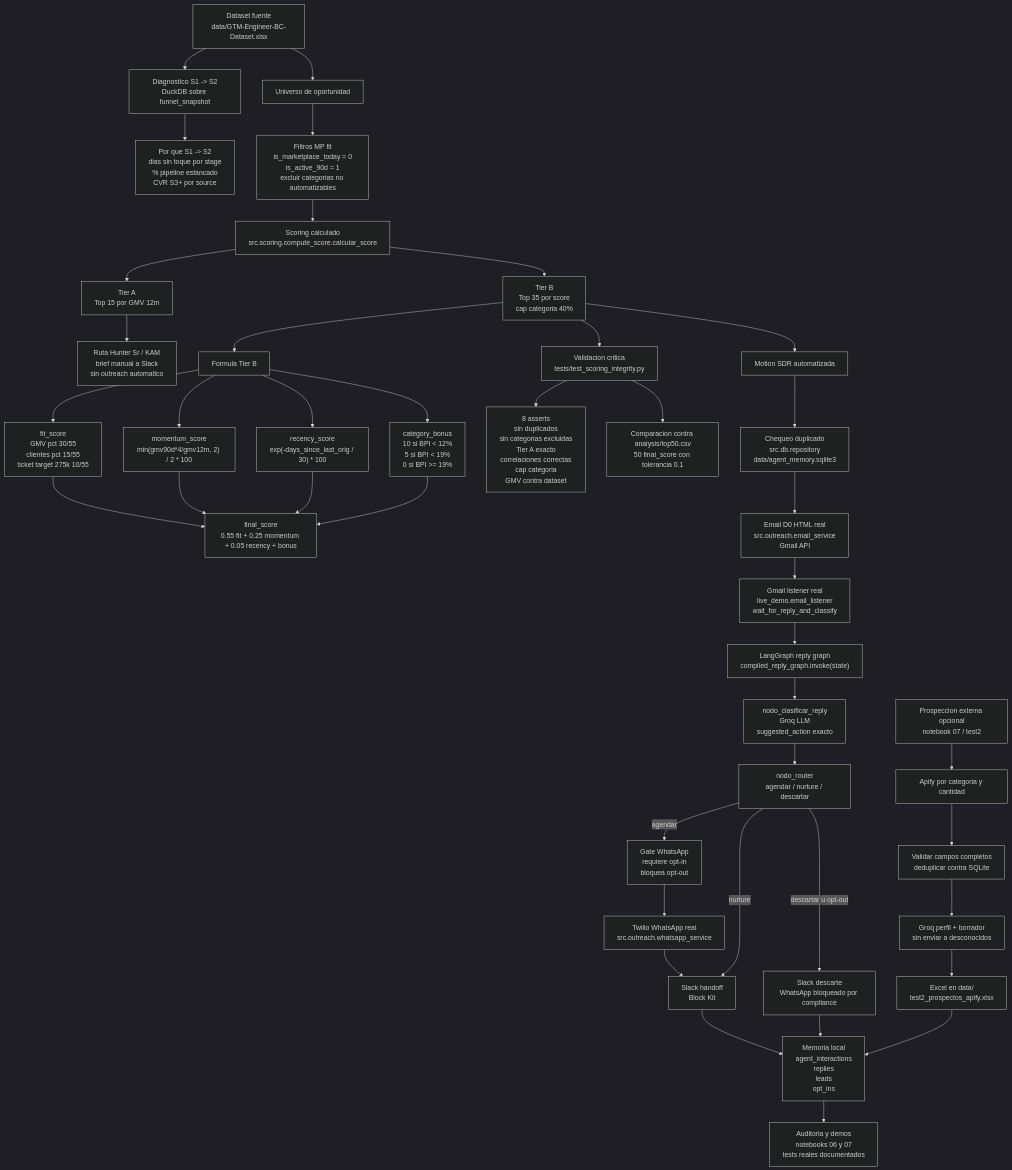
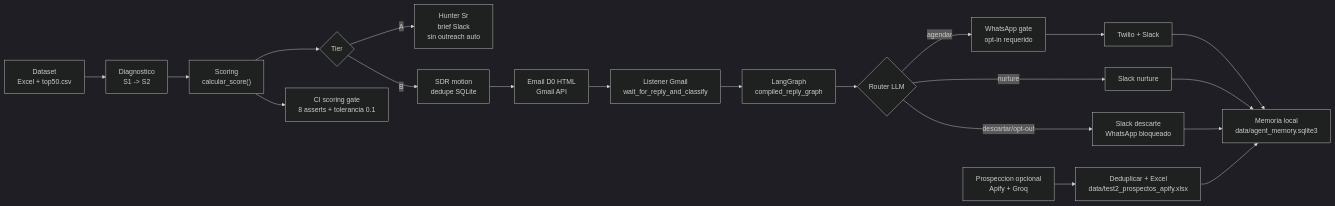
Before and after one commit to cataia-code/addi-gtm-technical-challenge: the diagram in README.md, drawn with Mermaid (dark theme). The commit also changed other lines of this file, not shown here.

Commit message:
readme: compactar motion y restaurar badge ci

````diff
--- a/README.md
+++ b/README.md
@@ -9,50 +9,22 @@
 ```mermaid
-flowchart TD
-    A["Dataset fuente<br/>data/GTM-Engineer-BC-Dataset.xlsx"] --> B["Diagnostico S1 -> S2<br/>DuckDB sobre funnel_snapshot"]
-    B --> B1["Por que S1 -> S2<br/>dias sin toque por stage<br/>% pipeline estancado<br/>CVR S3+ por source"]
-    A --> C["Universo de oportunidad"]
-    C --> C1["Filtros MP fit<br/>is_marketplace_today = 0<br/>is_active_90d = 1<br/>excluir categorias no automatizables"]
-    C1 --> D["Scoring calculado<br/>src.scoring.compute_score.calcular_score"]
-
-    D --> E["Tier A<br/>Top 15 por GMV 12m"]
-    E --> E1["Ruta Hunter Sr / KAM<br/>brief manual a Slack<br/>sin outreach automatico"]
-
-    D --> F["Tier B<br/>Top 35 por score<br/>cap categoria 40%"]
-    F --> G["Formula Tier B"]
-    G --> G1["fit_score<br/>GMV pct 30/55<br/>clientes pct 15/55<br/>ticket target 275k 10/55"]
-    G --> G2["momentum_score<br/>min(gmv90d*4/gmv12m, 2) / 2 * 100"]
-    G --> G3["recency_score<br/>exp(-days_since_last_orig / 30) * 100"]
-    G --> G4["category_bonus<br/>10 si BPI < 12%<br/>5 si BPI < 19%<br/>0 si BPI >= 19%"]
-    G1 --> G5["final_score<br/>0.55 fit + 0.25 momentum + 0.05 recency + bonus"]
-    G2 --> G5
-    G3 --> G5
-    G4 --> G5
-
-    F --> H["Validacion critica<br/>tests/test_scoring_integrity.py"]
-    H --> H1["8 asserts<br/>sin duplicados<br/>sin categorias excluidas<br/>Tier A exacto<br/>correlaciones correctas<br/>cap categoria<br/>GMV contra dataset"]
-    H --> H2["Comparacion contra analysis/top50.csv<br/>50 final_score con tolerancia 0.1"]
-
-    F --> I["Motion SDR automatizada"]
-    I --> J["Chequeo duplicado<br/>src.db.repository<br/>data/agent_memory.sqlite3"]
-    J --> K["Email D0 HTML real<br/>src.outreach.email_service<br/>Gmail API"]
-    K --> L["Gmail listener real<br/>live_demo.email_listener<br/>wait_for_reply_and_classify"]
-    L --> M["LangGraph reply graph<br/>compiled_reply_graph.invoke(state)"]
-
-    M --> N["nodo_clasificar_reply<br/>Groq LLM<br/>suggested_action exacto"]
-    N --> O["nodo_router<br/>agendar / nurture / descartar"]
-    O -->|agendar| P["Gate WhatsApp<br/>requiere opt-in<br/>bloquea opt-out"]
-    P --> Q["Twilio WhatsApp real<br/>src.outreach.whatsapp_service"]
-    Q --> R["Slack handoff<br/>Block Kit"]
-    O -->|nurture| R
-    O -->|descartar u opt-out| S["Slack descarte<br/>WhatsApp bloqueado por compliance"]
-
-    R --> T["Memoria local<br/>agent_interactions<br/>replies<br/>leads<br/>opt_ins"]
-    S --> T
-    T --> U["Auditoria y demos<br/>notebooks 06 y 07<br/>tests reales documentados"]
-
-    V["Prospeccion externa opcional<br/>notebook 07 / test2"] --> W["Apify por categoria y cantidad"]
-    W --> X["Validar campos completos<br/>deduplicar contra SQLite"]
-    X --> Y["Groq perfil + borrador<br/>sin enviar a desconocidos"]
-    Y --> Z["Excel en data/<br/>test2_prospectos_apify.xlsx"]
-    Z --> T
+flowchart LR
+    A["Dataset<br/>Excel + top50.csv"] --> B["Diagnostico<br/>S1 -> S2"]
+    B --> C["Scoring<br/>calcular_score()"]
+    C --> D{"Tier"}
+    D -->|"A"| E["Hunter Sr<br/>brief Slack<br/>sin outreach auto"]
+    D -->|"B"| F["SDR motion<br/>dedupe SQLite"]
+    F --> G["Email D0 HTML<br/>Gmail API"]
+    G --> H["Listener Gmail<br/>wait_for_reply_and_classify"]
+    H --> I["LangGraph<br/>compiled_reply_graph"]
+    I --> J{"Router LLM"}
+    J -->|"agendar"| K["WhatsApp gate<br/>opt-in requerido"]
+    K --> L["Twilio + Slack"]
+    J -->|"nurture"| M["Slack nurture"]
+    J -->|"descartar/opt-out"| N["Slack descarte<br/>WhatsApp bloqueado"]
+    L --> O["Memoria local<br/>data/agent_memory.sqlite3"]
+    M --> O
+    N --> O
+    C --> P["CI scoring gate<br/>8 asserts + tolerancia 0.1"]
+    Q["Prospeccion opcional<br/>Apify + Groq"] --> R["Deduplicar + Excel<br/>data/test2_prospectos_apify.xlsx"]
+    R --> O
 ```
````
